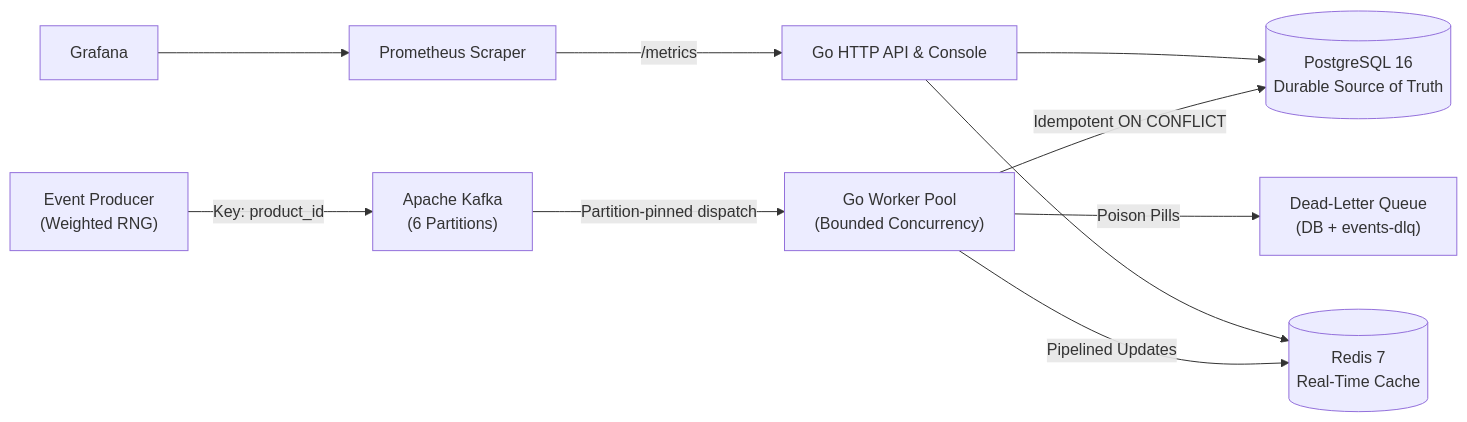
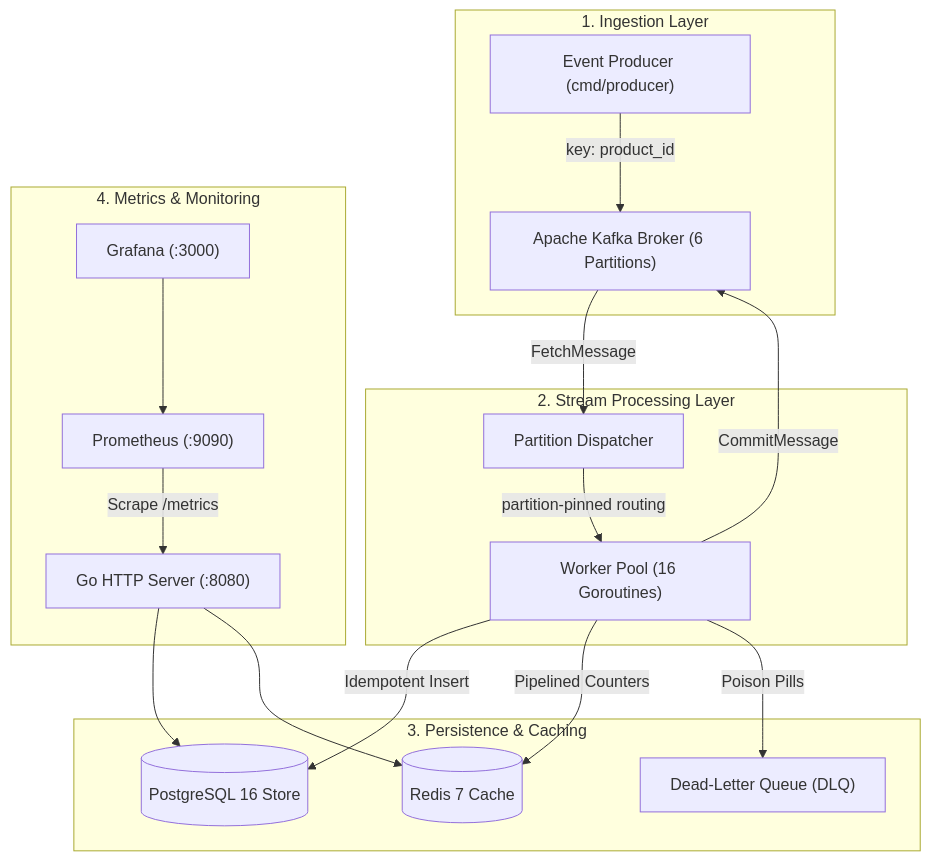
The diagram in docs/architecture.md (Sourya-Prabaharan/real-time-event-processing-engine), drawn with Mermaid before and after one commit. The commit also changed 8 other files, not shown here.

Commit message:
fix(benchmark & presentation): implement genuine Kafka-to-Postgres E2E benchmark, fix Grafana mounts, and repair GitHub architecture diagram

````diff
--- a/docs/architecture.md
+++ b/docs/architecture.md
@@ -13,12 +13,25 @@
 ```mermaid
-flowchart LR
-    P["Event Producer<br/>(Weighted RNG)"] -->|"Key: product_id"| K["Apache Kafka<br/>(6 Partitions)"]
-    K -->|"Partition-pinned dispatch"| W["Go Worker Pool<br/>(Bounded Concurrency)"]
-    W -->|"Idempotent ON CONFLICT"| DB[("PostgreSQL 16<br/>Durable Source of Truth")]
-    W -->|"Pipelined Updates"| R[("Redis 7<br/>Real-Time Cache")]
-    W -->|"Poison Pills"| DLQ["Dead-Letter Queue<br/>(DB + events-dlq)"]
-    API["Go HTTP API & Console"] --> DB
-    API --> R
-    PROM["Prometheus Scraper"] -->|"/metrics"| API
-    G["Grafana"] --> PROM
+flowchart TD
+    subgraph Ingestion["1. Ingestion Layer"]
+        P["Event Producer (cmd/producer)"] -->|"key: product_id"| K["Apache Kafka Broker (6 Partitions)"]
+    end
+
+    subgraph Processing["2. Stream Processing Layer"]
+        K -->|"FetchMessage"| D["Partition Dispatcher"]
+        D -->|"partition-pinned routing"| W["Worker Pool (16 Goroutines)"]
+    end
+
+    subgraph Storage["3. Persistence & Caching"]
+        W -->|"Idempotent Insert"| PG[("PostgreSQL 16 Store")]
+        W -->|"Pipelined Counters"| RD[("Redis 7 Cache")]
+        W -->|"Poison Pills"| DLQ["Dead-Letter Queue (DLQ)"]
+        W -->|"CommitMessage"| K
+    end
+
+    subgraph Observability["4. Metrics & Monitoring"]
+        API["Go HTTP Server (:8080)"] --> PG
+        API --> RD
+        PROM["Prometheus (:9090)"] -->|"Scrape /metrics"| API
+        GRAF["Grafana (:3000)"] --> PROM
+    end
 ```
````
